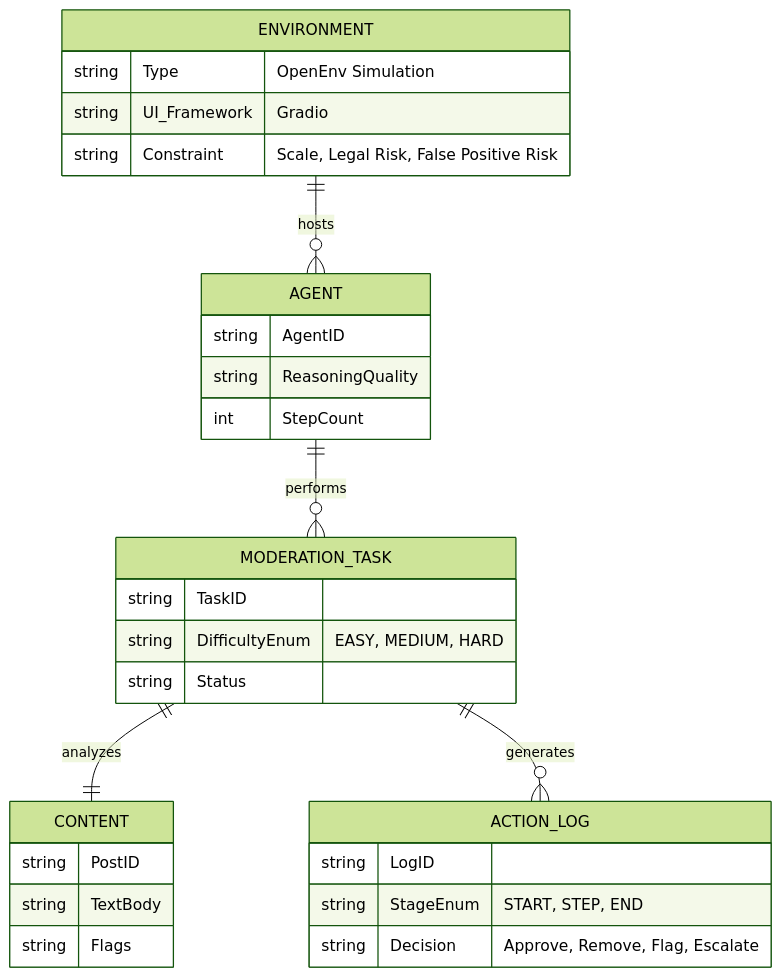
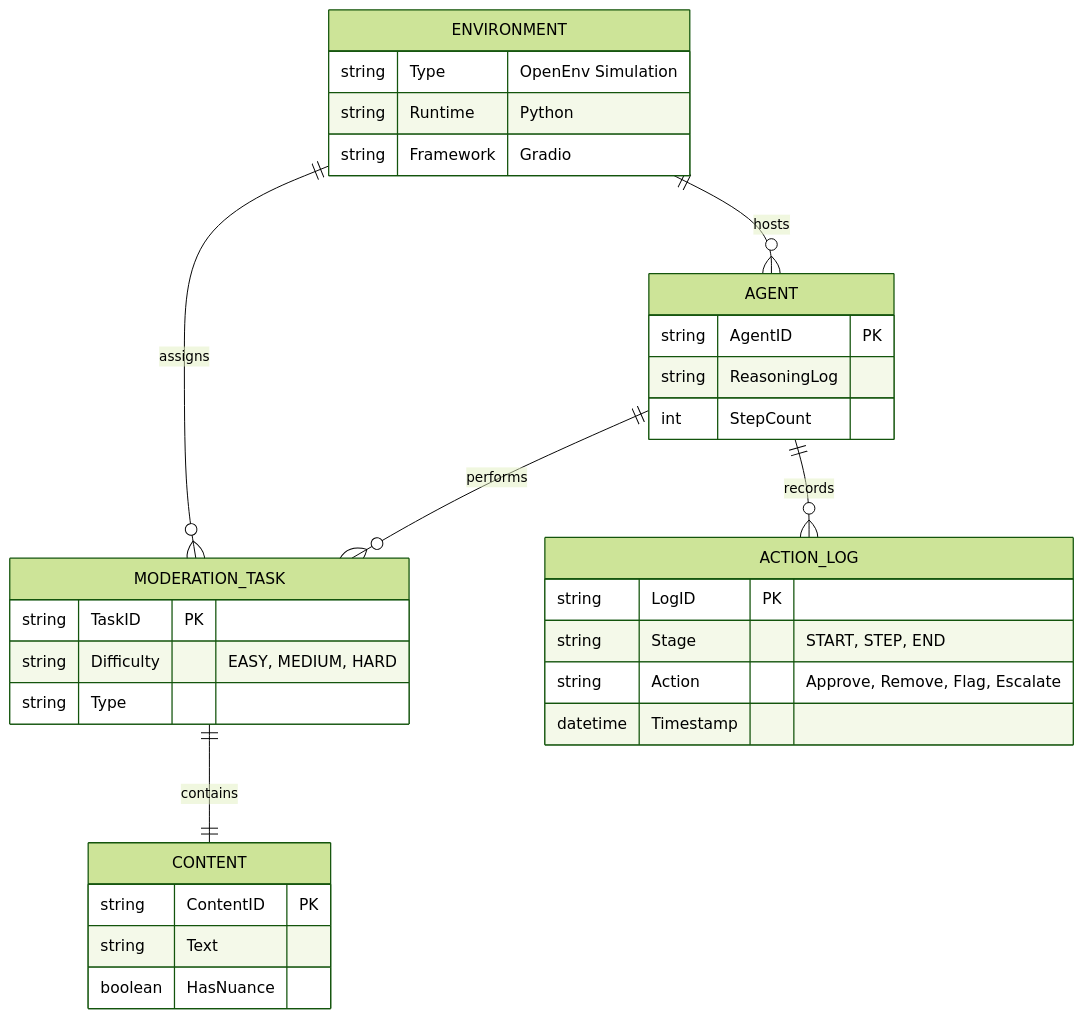
Before and after one commit to Anubhav741/ThinkSync: the sixth of 6 diagrams in core_concept.md, drawn with Mermaid (forest theme). The commit also changed other lines of this file, not shown here.

````diff
--- a/core_concept.md
+++ b/core_concept.md
@@ -71,32 +132,40 @@
 ```mermaid
 erDiagram
-    AGENT ||--o{ MODERATION_TASK : "performs"
-    AGENT {
-        string AgentID
-        string ReasoningQuality
-        int StepCount
-    }
-    MODERATION_TASK {
-        string TaskID
-        string DifficultyEnum "EASY, MEDIUM, HARD"
-        string Status
-    }
-    MODERATION_TASK ||--|| CONTENT : "analyzes"
-    CONTENT {
-        string PostID
-        string TextBody
-        string Flags
-    }
-    MODERATION_TASK ||--o{ ACTION_LOG : "generates"
-    ACTION_LOG {
-        string LogID
-        string StageEnum "START, STEP, END"
-        string Decision "Approve, Remove, Flag, Escalate"
-    }
-    ENVIRONMENT ||--o{ AGENT : "hosts"
-    ENVIRONMENT {
-        string Type "OpenEnv Simulation"
-        string UI_Framework "Gradio"
-        string Constraint "Scale, Legal Risk, False Positive Risk"
-    }
+
+ENVIRONMENT {
+    string Type "OpenEnv Simulation"
+    string Runtime "Python"
+    string Framework "Gradio"
+}
+
+AGENT {
+    string AgentID PK
+    string ReasoningLog
+    int StepCount
+}
+
+MODERATION_TASK {
+    string TaskID PK
+    string Difficulty "EASY, MEDIUM, HARD"
+    string Type
+}
+
+CONTENT {
+    string ContentID PK
+    string Text
+    boolean HasNuance
+}
+
+ACTION_LOG {
+    string LogID PK
+    string Stage "START, STEP, END"
+    string Action "Approve, Remove, Flag, Escalate"
+    datetime Timestamp
+}
+
+ENVIRONMENT ||--o{ AGENT : "hosts"
+ENVIRONMENT ||--o{ MODERATION_TASK : "assigns"
+AGENT ||--o{ MODERATION_TASK : "performs"
+MODERATION_TASK ||--|| CONTENT : "contains"
+AGENT ||--o{ ACTION_LOG : "records"
 ```
````
